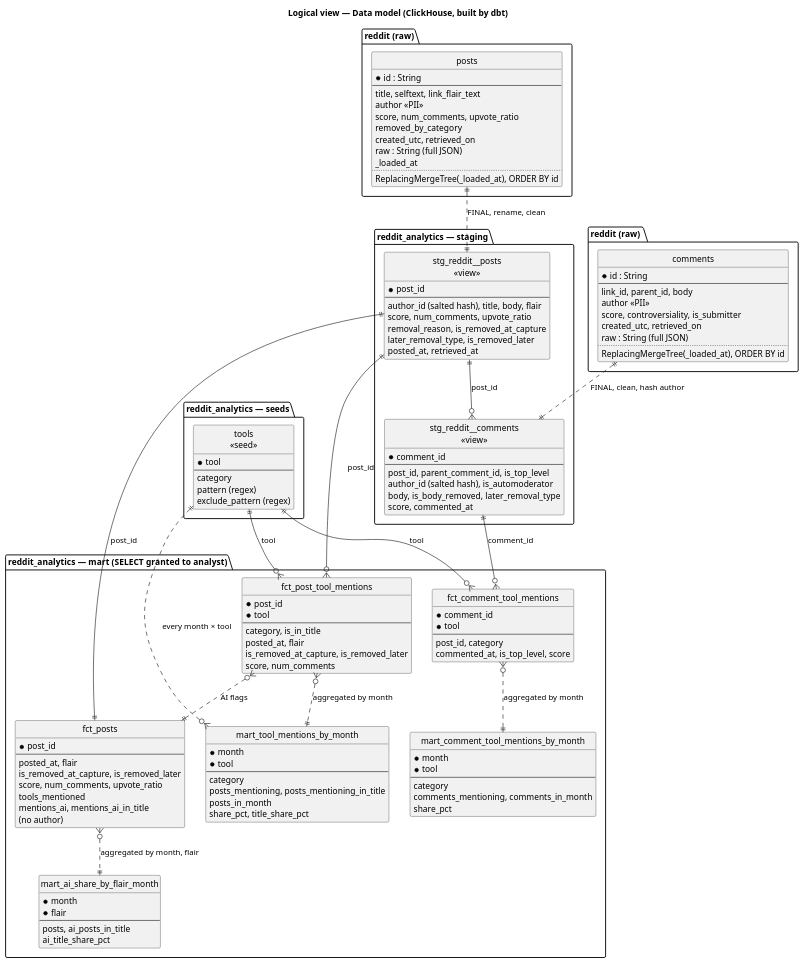
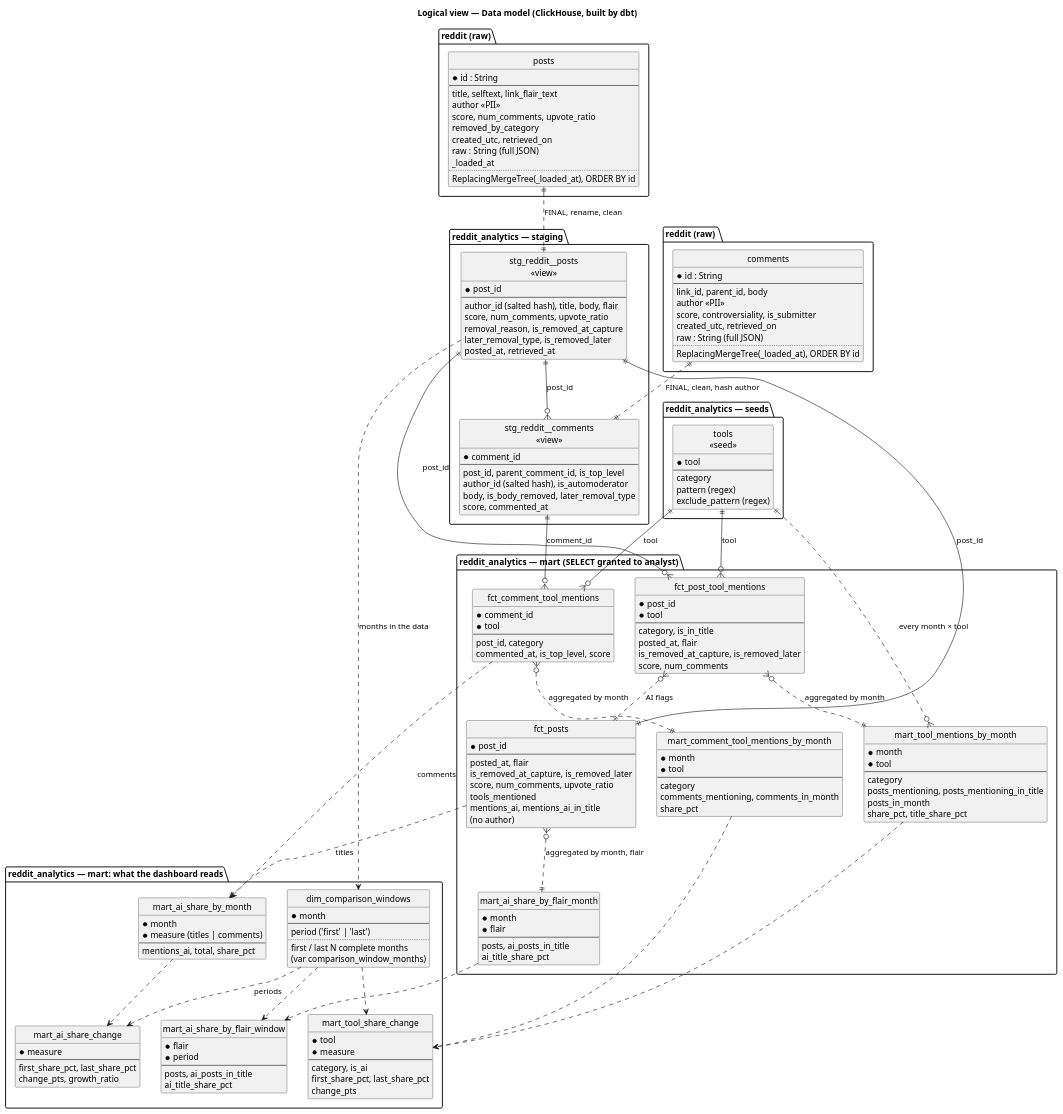
Before and after one commit to modsomjeed/reddit-dataeng: the diagram in docs/architecture/diagrams/logical-data-model.puml, drawn with PlantUML. The commit also changed 5 other files, not shown here.

Commit message:
docs(architecture): add the dashboard marts to the logical view

```diff
--- a/docs/architecture/diagrams/logical-data-model.puml
+++ b/docs/architecture/diagrams/logical-data-model.puml
@@ -1,133 +1,181 @@
 @startuml logical-data-model
 title Logical view — Data model (ClickHouse, built by dbt)
 skinparam shadowing false
 hide circle
 hide methods
 
 package "reddit (raw)" {
   entity "posts" as raw {
     * id : String
     --
     title, selftext, link_flair_text
     author <<PII>>
     score, num_comments, upvote_ratio
     removed_by_category
     created_utc, retrieved_on
     raw : String (full JSON)
     _loaded_at
     ..
     ReplacingMergeTree(_loaded_at), ORDER BY id
   }
 }
 
 package "reddit (raw) " as rawc {
   entity "comments" as rawcom {
     * id : String
     --
     link_id, parent_id, body
     author <<PII>>
     score, controversiality, is_submitter
     created_utc, retrieved_on
     raw : String (full JSON)
     ..
     ReplacingMergeTree(_loaded_at), ORDER BY id
   }
 }
 
 package "reddit_analytics — staging" {
   entity "stg_reddit__comments\n<<view>>" as stgc {
     * comment_id
     --
     post_id, parent_comment_id, is_top_level
     author_id (salted hash), is_automoderator
     body, is_body_removed, later_removal_type
     score, commented_at
   }
   entity "stg_reddit__posts\n<<view>>" as stg {
     * post_id
     --
     author_id (salted hash), title, body, flair
     score, num_comments, upvote_ratio
     removal_reason, is_removed_at_capture
     later_removal_type, is_removed_later
     posted_at, retrieved_at
   }
 }
 
 package "reddit_analytics — seeds" {
   entity "tools\n<<seed>>" as tools {
     * tool
     --
     category
     pattern (regex)
     exclude_pattern (regex)
   }
 }
 
 package "reddit_analytics — mart  (SELECT granted to analyst)" {
   entity "fct_comment_tool_mentions" as fctm {
     * comment_id
     * tool
     --
     post_id, category
     commented_at, is_top_level, score
   }
   entity "mart_comment_tool_mentions_by_month" as mctm {
     * month
     * tool
     --
     category
     comments_mentioning, comments_in_month
     share_pct
   }
   entity "fct_post_tool_mentions" as fptm {
     * post_id
     * tool
     --
     category, is_in_title
     posted_at, flair
     is_removed_at_capture, is_removed_later
     score, num_comments
   }
   entity "fct_posts" as fp {
     * post_id
     --
     posted_at, flair
     is_removed_at_capture, is_removed_later
     score, num_comments, upvote_ratio
     tools_mentioned
     mentions_ai, mentions_ai_in_title
     (no author)
   }
   entity "mart_tool_mentions_by_month" as mtm {
     * month
     * tool
     --
     category
     posts_mentioning, posts_mentioning_in_title
     posts_in_month
     share_pct, title_share_pct
   }
   entity "mart_ai_share_by_flair_month" as mai {
     * month
     * flair
     --
     posts, ai_posts_in_title
     ai_title_share_pct
   }
 }
 
+package "reddit_analytics — mart: what the dashboard reads" {
+  entity "dim_comparison_windows" as win {
+    * month
+    --
+    period ('first' | 'last')
+    ..
+    first / last N complete months
+    (var comparison_window_months)
+  }
+  entity "mart_ai_share_by_month" as aim {
+    * month
+    * measure (titles | comments)
+    --
+    mentions_ai, total, share_pct
+  }
+  entity "mart_ai_share_change" as aic {
+    * measure
+    --
+    first_share_pct, last_share_pct
+    change_pts, growth_ratio
+  }
+  entity "mart_tool_share_change" as tsc {
+    * tool
+    * measure
+    --
+    category, is_ai
+    first_share_pct, last_share_pct
+    change_pts
+  }
+  entity "mart_ai_share_by_flair_window" as afw {
+    * flair
+    * period
+    --
+    posts, ai_posts_in_title
+    ai_title_share_pct
+  }
+}
+
 raw ||..|| stg : "FINAL, rename, clean"
 stg ||--o{ fptm : "post_id"
 tools ||--o{ fptm : "tool"
 stg ||--|| fp : "post_id"
 fptm }o..|| fp : "AI flags"
 fptm }o..|| mtm : "aggregated by month"
 tools ||..o{ mtm : "every month × tool"
 fp }o..|| mai : "aggregated by month, flair"
 rawcom ||..|| stgc : "FINAL, clean, hash author"
 stg ||--o{ stgc : "post_id"
 stgc ||--o{ fctm : "comment_id"
 tools ||--o{ fctm : "tool"
 fctm }o..|| mctm : "aggregated by month"
+stg ..> win : "months in the data"
+fp ..> aim : "titles"
+fctm ..> aim : "comments"
+aim ..> aic
+win ..> aic : "periods"
+mtm ..> tsc
+mctm ..> tsc
+win ..> tsc
+mai ..> afw
+win ..> afw
 @enduml
```
